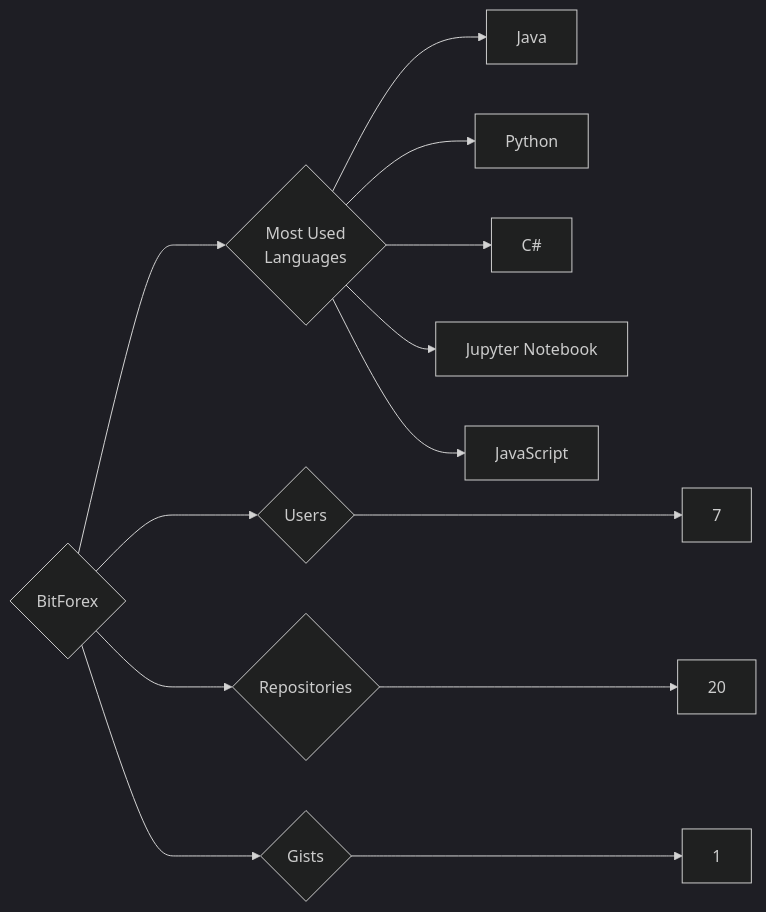
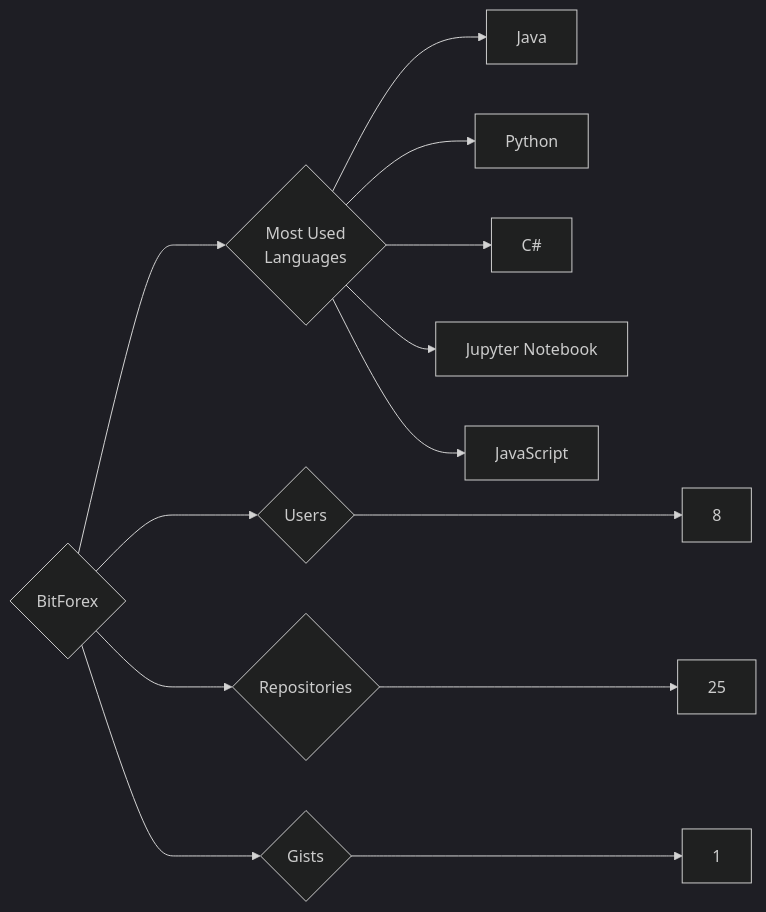
The diagram in targets/BitForex/README.md (trickest/insiders), drawn with Mermaid (dark theme) before and after one commit. The commit also changed 857 other files, not shown here.

````diff
--- a/targets/BitForex/README.md
+++ b/targets/BitForex/README.md
@@ -3,13 +3,13 @@
 ```mermaid
 graph LR
 COMPANY_NAME{BitForex}
-COMPANY_NAME ---> U{Users} ---> UN[7]
-COMPANY_NAME ---> R{Repositories} ---> RN[20]
+COMPANY_NAME ---> U{Users} ---> UN[8]
+COMPANY_NAME ---> R{Repositories} ---> RN[25]
 COMPANY_NAME ---> G{Gists} ---> GN[1]
 COMPANY_NAME ---> ML{Most Used<br>Languages}
 ML --> Java[Java]
 ML --> Python[Python]
 ML --> C#[C#]
 ML --> Jupyter_Notebook[Jupyter Notebook]
 ML --> JavaScript[JavaScript]
 ```
````
